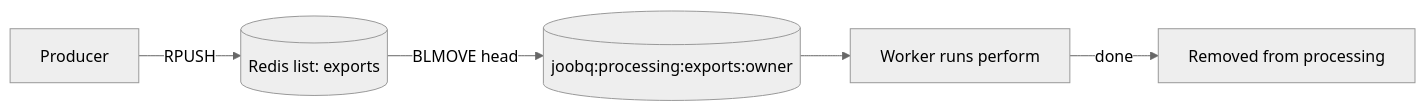
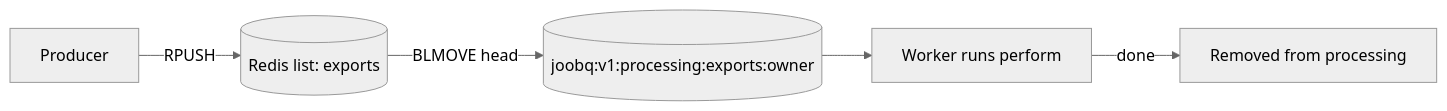
Before and after one commit to azutoolkit/joobq: the diagram in docs/explanation/queues-and-workers.md, drawn with Mermaid (neutral theme). The commit also changed 20 other files, not shown here.

````diff
--- a/docs/explanation/queues-and-workers.md
+++ b/docs/explanation/queues-and-workers.md
@@ -19,7 +19,7 @@
 ```mermaid
 flowchart LR
   P[Producer] -->|RPUSH| Q[(Redis list: exports)]
-  Q -->|BLMOVE head| Proc[(joobq:processing:exports:owner)]
+  Q -->|BLMOVE head| Proc[(joobq:v1:processing:exports:owner)]
   Proc --> W[Worker runs perform]
   W -->|done| X[Removed from processing]
 ```
````
